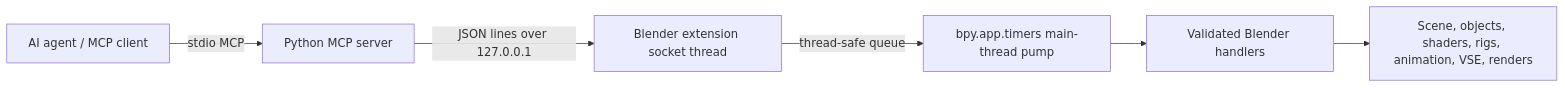
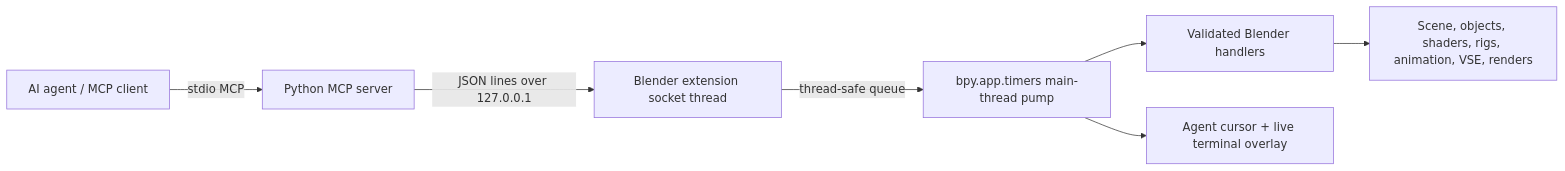
One commit to matthewro7263-hub/blend-for-me changed the first of 2 diagrams in Blend for me.md. Above: the diagram before and after it, drawn with Mermaid. The commit also changed other lines of this file and 37 other files, not shown here.

````diff
--- a/Blend for me.md
+++ b/Blend for me.md
@@ -46,8 +47,9 @@
 ```mermaid
 flowchart LR
     A["AI agent / MCP client"] -->|"stdio MCP"| B["Python MCP server"]
     B -->|"JSON lines over 127.0.0.1"| C["Blender extension socket thread"]
     C -->|"thread-safe queue"| D["bpy.app.timers main-thread pump"]
     D --> E["Validated Blender handlers"]
+    D --> U["Agent cursor + live terminal overlay"]
     E --> F["Scene, objects, shaders, rigs, animation, VSE, renders"]
 ```
````
